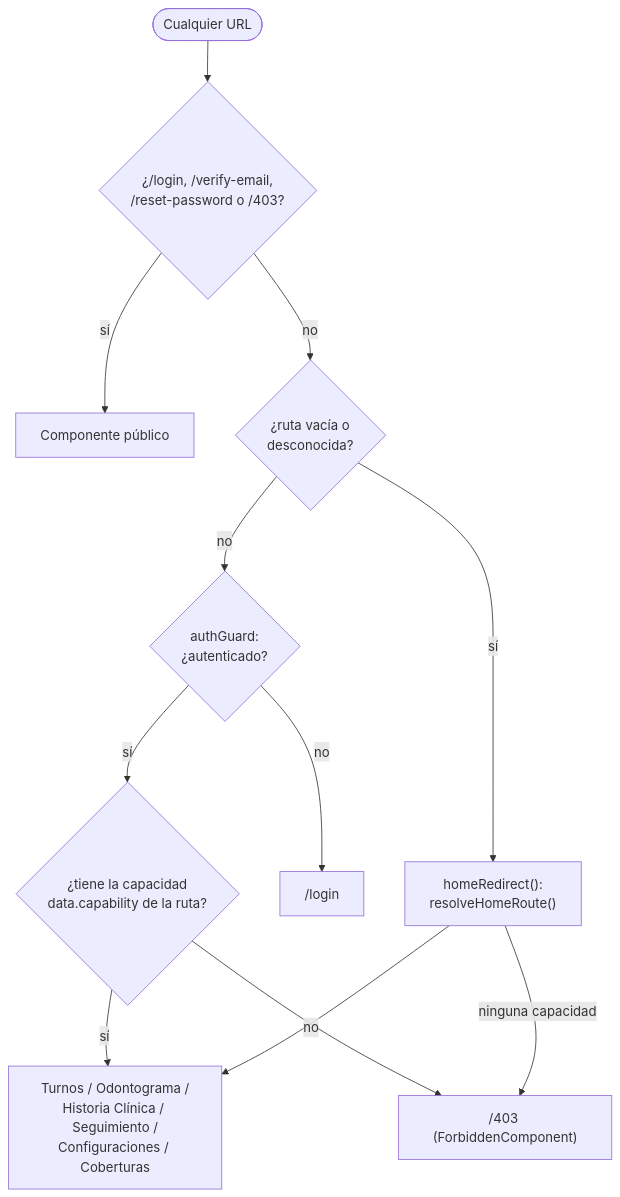
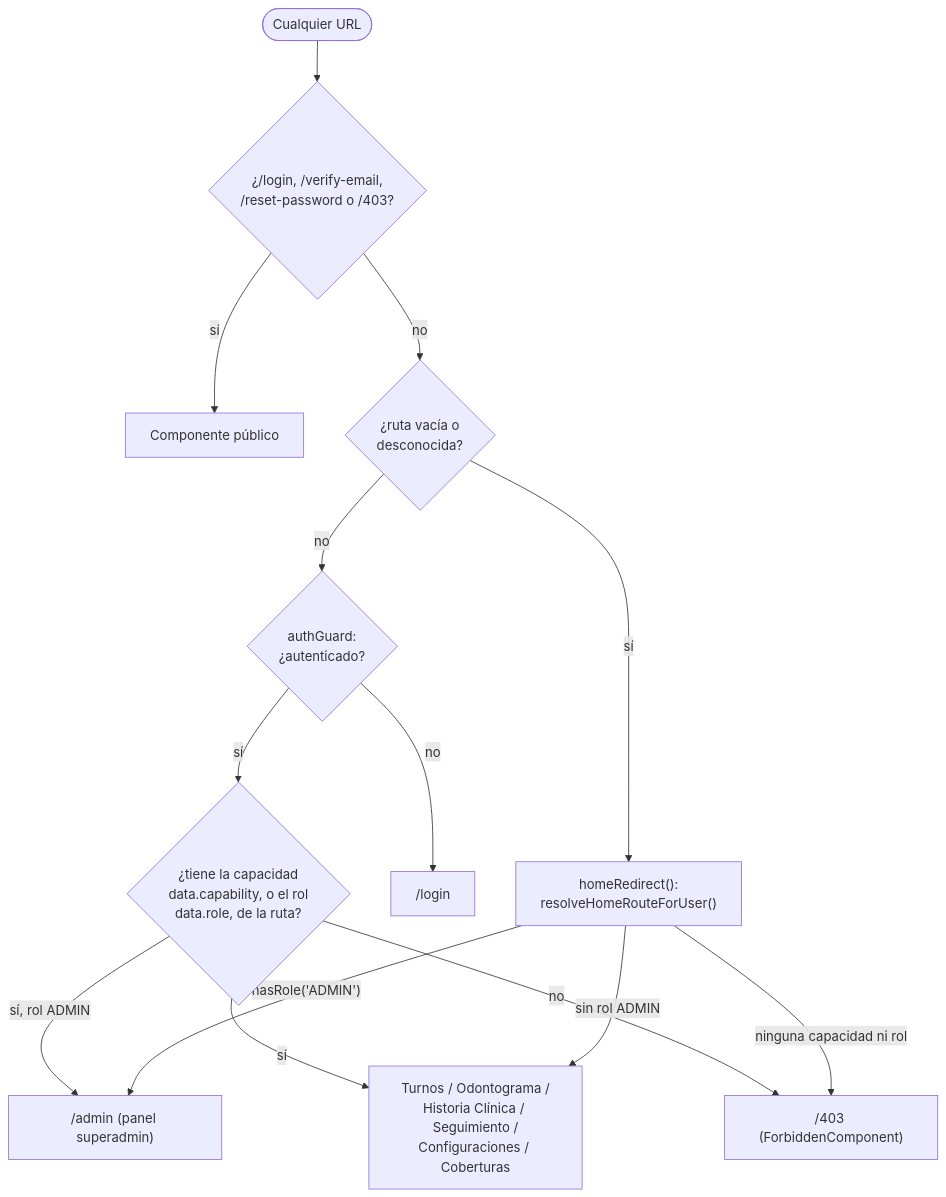
Before and after one commit to danielpalza/frontend-proyecto-turnos: the diagram in docs/ROUTES.md, drawn with Mermaid. The commit also changed other lines of this file and 4 other files, not shown here.

First line of the commit message:
docs: documentar el panel superadmin (rol ADMIN) en la doc de referencia

````diff
--- a/docs/ROUTES.md
+++ b/docs/ROUTES.md
@@ -97,14 +107,16 @@
 ```mermaid
 flowchart TD
   Start(["Cualquier URL"]) --> IsLogin{"¿/login, /verify-email,<br/>/reset-password o /403?"}
   IsLogin -- sí --> Public["Componente público"]
   IsLogin -- no --> Root{"¿ruta vacía o<br/>desconocida?"}
-  Root -- sí --> Home["homeRedirect():<br/>resolveHomeRoute()"]
+  Root -- sí --> Home["homeRedirect():<br/>resolveHomeRouteForUser()"]
   Root -- no --> Guard{"authGuard:<br/>¿autenticado?"}
   Guard -- no --> Login["/login"]
-  Guard -- sí --> Cap{"¿tiene la capacidad<br/>data.capability de la ruta?"}
+  Guard -- sí --> Cap{"¿tiene la capacidad<br/>data.capability, o el rol<br/>data.role, de la ruta?"}
   Cap -- no --> Forbidden["/403 (ForbiddenComponent)"]
   Cap -- sí --> Dest["Turnos / Odontograma /<br/>Historia Clínica / Seguimiento /<br/>Configuraciones / Coberturas"]
-  Home --> Dest
-  Home -- ninguna capacidad --> Forbidden
+  Cap -- sí, rol ADMIN --> AdminDest["/admin (panel superadmin)"]
+  Home -- "hasRole('ADMIN')" --> AdminDest
+  Home -- sin rol ADMIN --> Dest
+  Home -- ninguna capacidad ni rol --> Forbidden
 ```
````
